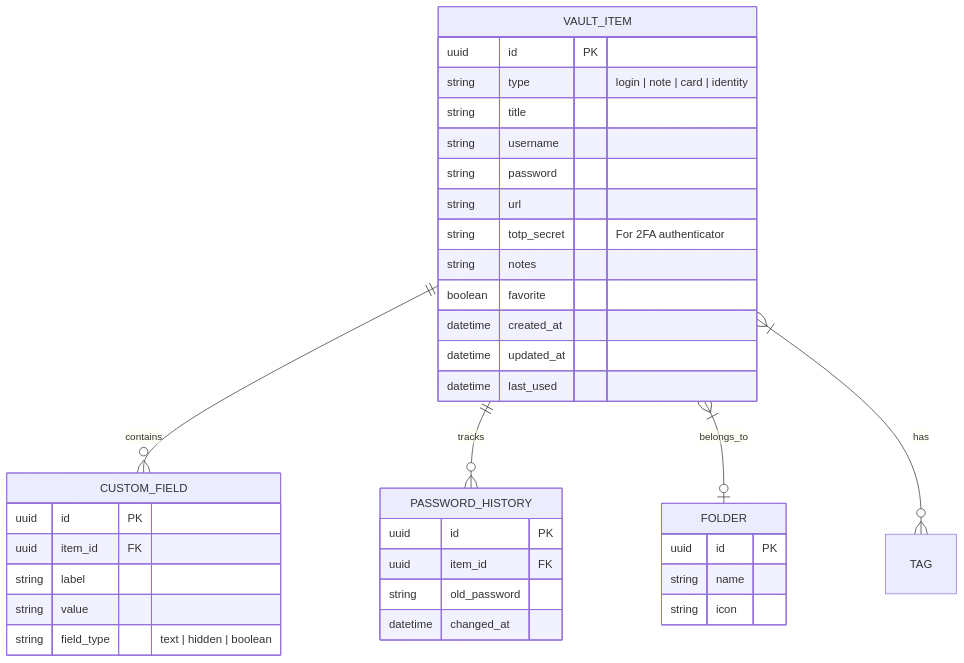
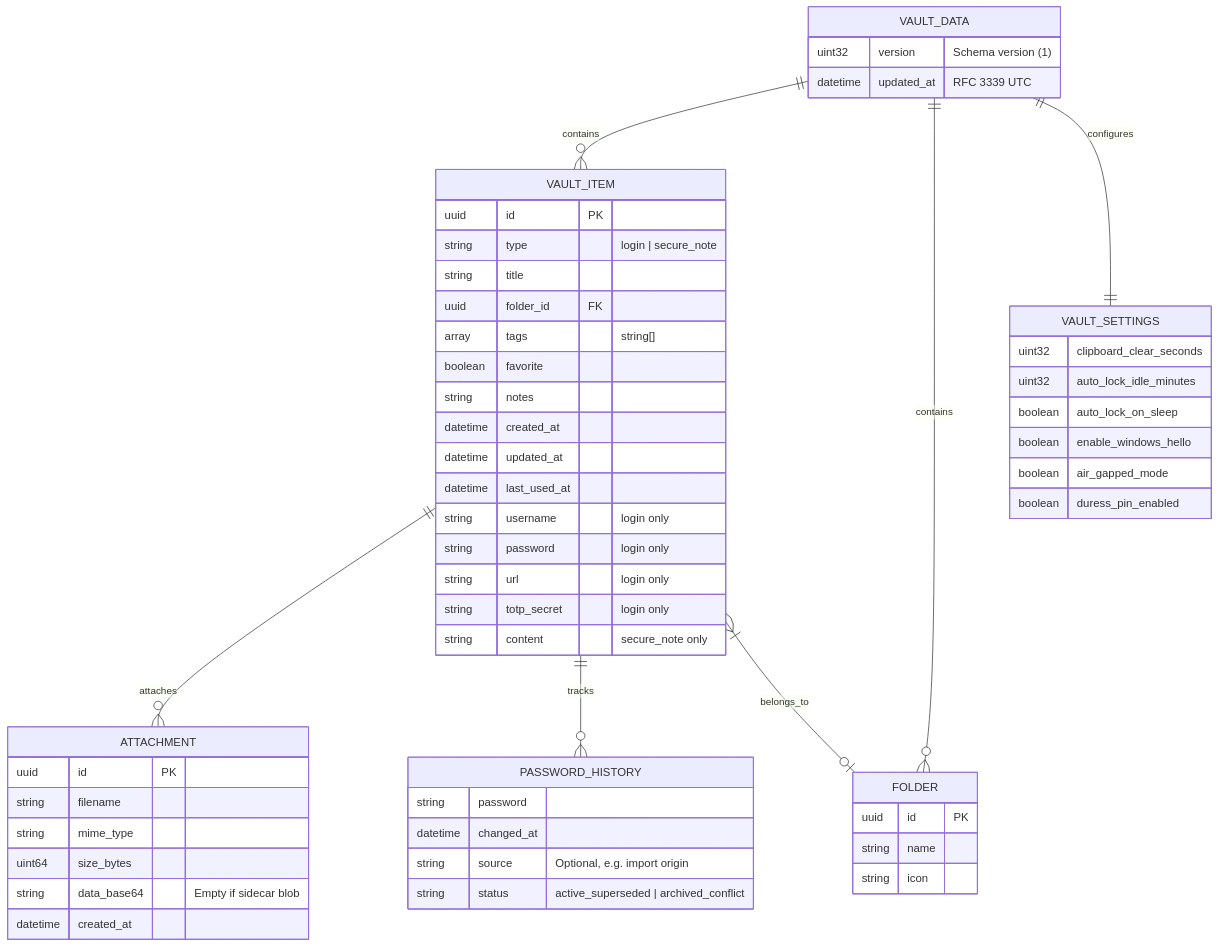
Before and after one commit to kash-talel/shush: the second of 3 diagrams in docs/spec/architecture-plan.md, drawn with Mermaid. The commit also changed other lines of this file and 2 other files, not shown here.

Commit message:
fix(#23): reconcile inconsistencies across master spec, architecture plan, and security model (#95)

````diff
--- a/docs/spec/architecture-plan.md
+++ b/docs/spec/architecture-plan.md
@@ -77,43 +80,63 @@
 ```mermaid
 erDiagram
-    VAULT_ITEM ||--o{ CUSTOM_FIELD : contains
+    VAULT_DATA ||--o{ VAULT_ITEM : contains
+    VAULT_DATA ||--o{ FOLDER : contains
+    VAULT_DATA ||--|| VAULT_SETTINGS : configures
+    VAULT_ITEM ||--o{ ATTACHMENT : attaches
     VAULT_ITEM ||--o{ PASSWORD_HISTORY : tracks
     VAULT_ITEM }|--o| FOLDER : belongs_to
-    VAULT_ITEM }|--o{ TAG : has
+
+    VAULT_DATA {
+        uint32 version "Schema version (1)"
+        datetime updated_at "RFC 3339 UTC"
+    }
 
     VAULT_ITEM {
         uuid id PK
-        string type "login | note | card | identity"
+        string type "login | secure_note"
         string title
-        string username
-        string password
-        string url
-        string totp_secret "For 2FA authenticator"
+        uuid folder_id FK
+        array tags "string[]"
+        boolean favorite
         string notes
-        boolean favorite
         datetime created_at
         datetime updated_at
-        datetime last_used
-    }
-
-    CUSTOM_FIELD {
-        uuid id PK
-        uuid item_id FK
-        string label
-        string value
-        string field_type "text | hidden | boolean"
+        datetime last_used_at
+        string username "login only"
+        string password "login only"
+        string url "login only"
+        string totp_secret "login only"
+        string content "secure_note only"
     }
 
     PASSWORD_HISTORY {
+        string password
+        datetime changed_at
+        string source "Optional, e.g. import origin"
+        string status "active_superseded | archived_conflict"
+    }
+
+    ATTACHMENT {
         uuid id PK
-        uuid item_id FK
-        string old_password
-        datetime changed_at
+        string filename
+        string mime_type
+        uint64 size_bytes
+        string data_base64 "Empty if sidecar blob"
+        datetime created_at
     }
 
     FOLDER {
         uuid id PK
         string name
         string icon
     }
+
+    VAULT_SETTINGS {
+        uint32 clipboard_clear_seconds
+        uint32 auto_lock_idle_minutes
+        boolean auto_lock_on_sleep
+        boolean enable_windows_hello
+        boolean air_gapped_mode
+        boolean duress_pin_enabled
+    }
 ```
````
